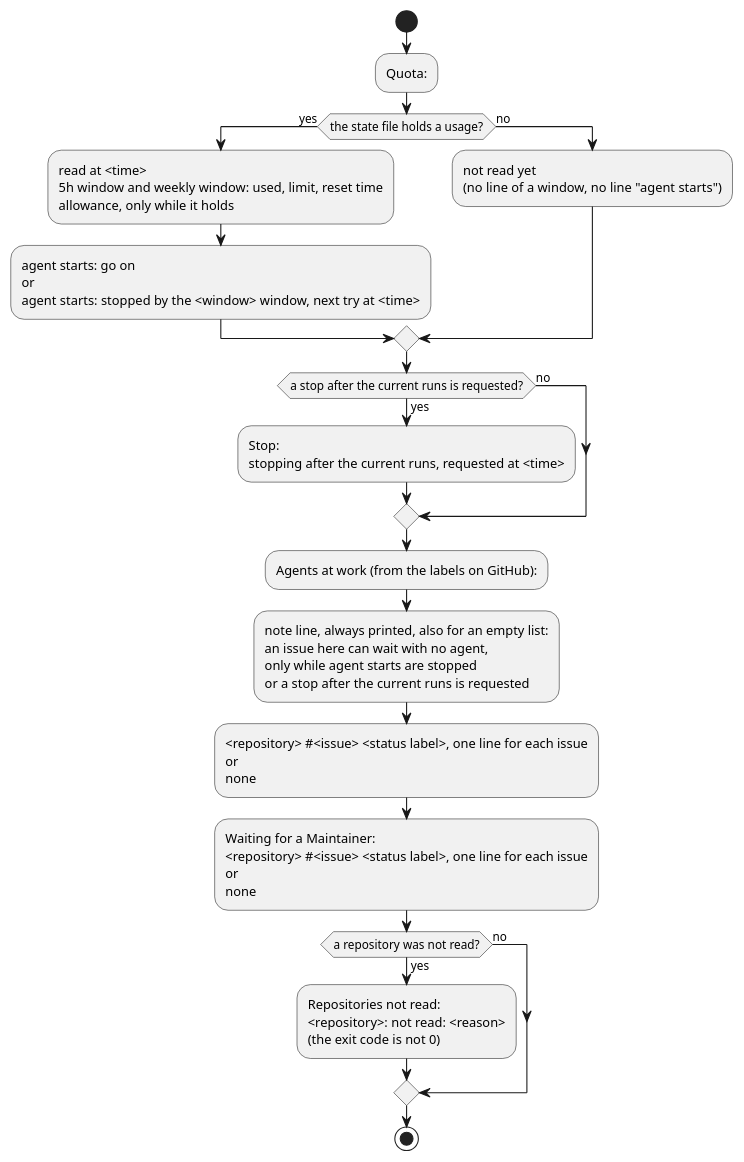
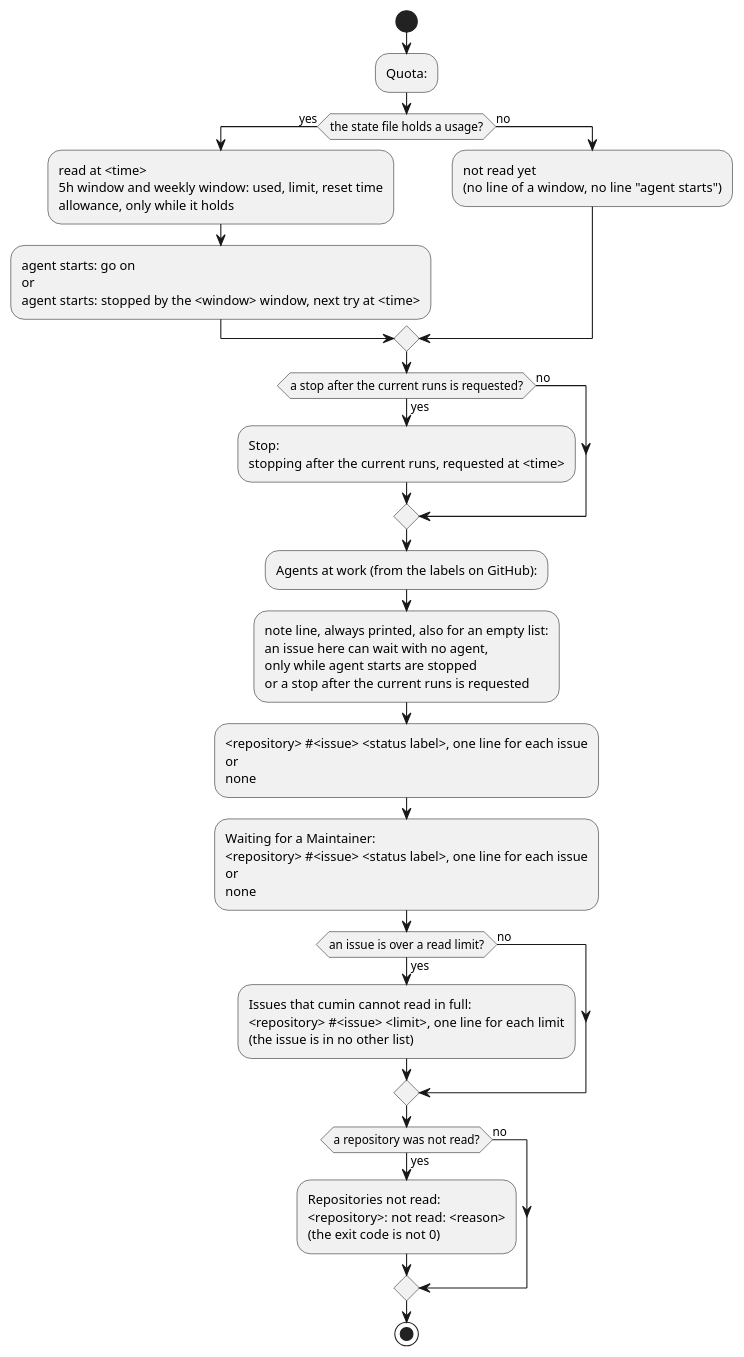
Before and after one commit to cloveclovedev/cumin-works: the diagram in docs/ja/designs/quota-status.puml, drawn with PlantUML. The commit also changed 5 other files, not shown here.

First line of the commit message:
feat(status): show the issues that cumin cannot read in full (#642)

```diff
--- a/docs/ja/designs/quota-status.puml
+++ b/docs/ja/designs/quota-status.puml
@@ -1,29 +1,33 @@
 @startuml quota-status
 ' cumin works - the output of cumin status, from top to bottom.
 ' Document: quota.md, section on the output of cumin status.
 ' Render: run scripts/render-diagrams.sh at the root of the repository.
 skinparam shadowing false
 skinparam defaultFontName sans-serif
 
 start
 :Quota:;
 if (the state file holds a usage?) then (yes)
   :read at <time>\n5h window and weekly window: used, limit, reset time\nallowance, only while it holds;
   :agent starts: go on\nor\nagent starts: stopped by the <window> window, next try at <time>;
 else (no)
   :not read yet\n(no line of a window, no line "agent starts");
 endif
 if (a stop after the current runs is requested?) then (yes)
   :Stop:\nstopping after the current runs, requested at <time>;
 else (no)
 endif
 :Agents at work (from the labels on GitHub):;
 :note line, always printed, also for an empty list:\nan issue here can wait with no agent,\nonly while agent starts are stopped\nor a stop after the current runs is requested;
 :<repository> #<issue> <status label>, one line for each issue\nor\nnone;
 :Waiting for a Maintainer:\n<repository> #<issue> <status label>, one line for each issue\nor\nnone;
+if (an issue is over a read limit?) then (yes)
+  :Issues that cumin cannot read in full:\n<repository> #<issue> <limit>, one line for each limit\n(the issue is in no other list);
+else (no)
+endif
 if (a repository was not read?) then (yes)
   :Repositories not read:\n<repository>: not read: <reason>\n(the exit code is not 0);
 else (no)
 endif
 stop
 @enduml
```
